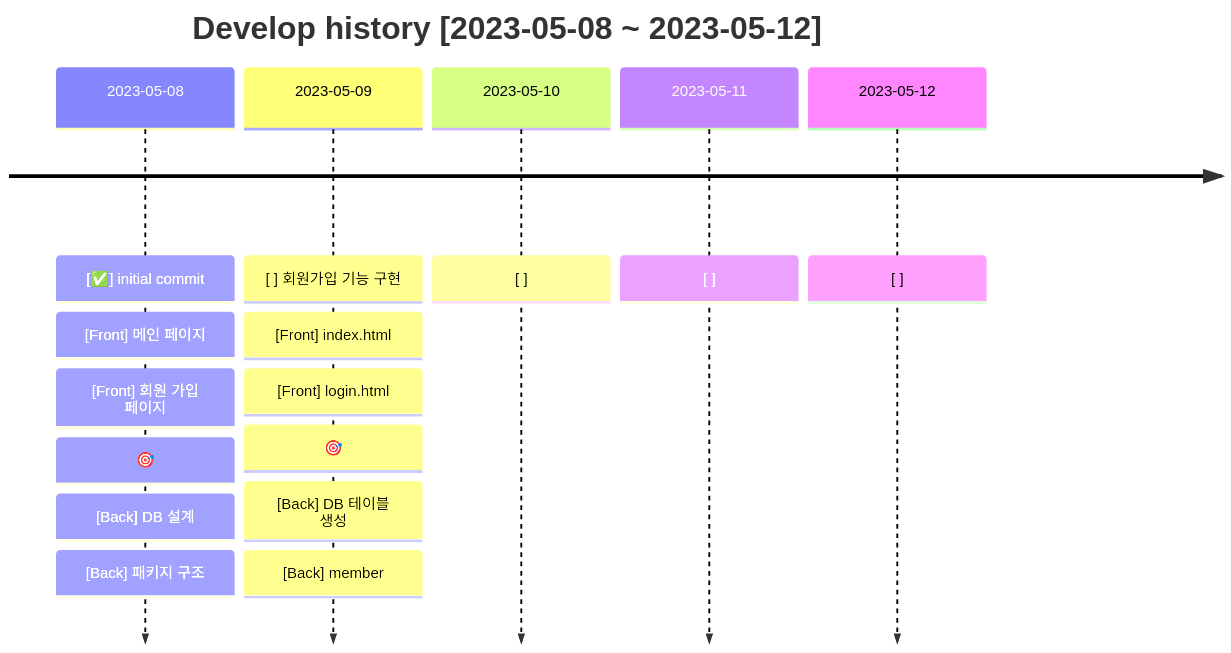
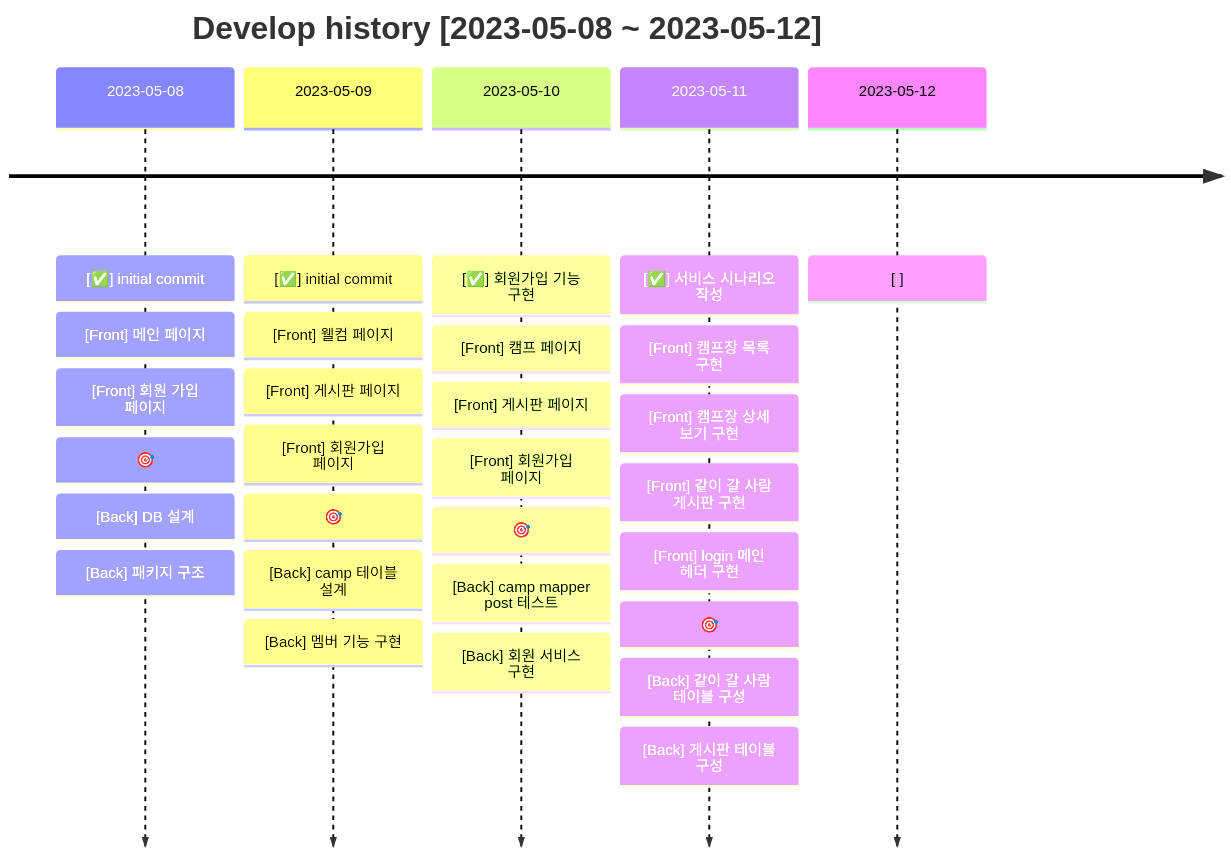
The first of 5 diagrams in docs/README.md (Choongang-Third-Project/jeju-campking), drawn with Mermaid before and after one commit. The commit also changed other lines of this file and 1 other file, not shown here.

Commit message:
README 회의 내용 반영 & POSTMAN 테스트 JSON

````diff
--- a/docs/README.md
+++ b/docs/README.md
@@ -65,19 +65,33 @@
 ```mermaid
 timeline
     title Develop history [2023-05-08 ~ 2023-05-12]
     2023-05-08: [✅] initial commit
             : [Front] 메인 페이지
             : [Front] 회원 가입 페이지
             : 🎯
             : [Back] DB 설계
             : [Back] 패키지 구조
-    2023-05-09: [ ] 회원가입 기능 구현
-            : [Front] index.html
-            : [Front] login.html
+    2023-05-09: [✅] initial commit
+            : [Front] 웰컴 페이지
+            : [Front] 게시판 페이지
+            : [Front] 회원가입 페이지
             : 🎯
-            : [Back] DB 테이블 생성
-            : [Back] member
-    2023-05-10: [ ]
-    2023-05-11: [ ]
+            : [Back] camp 테이블 설계
+            : [Back] 멤버 기능 구현
+    2023-05-10: [✅] 회원가입 기능 구현
+            : [Front] 캠프 페이지
+            : [Front] 게시판 페이지
+            : [Front] 회원가입 페이지
+            : 🎯
+            : [Back] camp mapper post 테스트
+            : [Back] 회원 서비스 구현
+    2023-05-11: [✅] 서비스 시나리오 작성 
+            : [Front] 캠프장 목록 구현
+            : [Front] 캠프장 상세 보기 구현
+            : [Front] 같이 갈 사람 게시판 구현
+            : [Front] login 메인 헤더 구현
+            : 🎯
+            : [Back] 같이 갈 사람 테이블 구성
+            : [Back] 게시판 테이블 구성
     2023-05-12: [ ]
 ```
````
